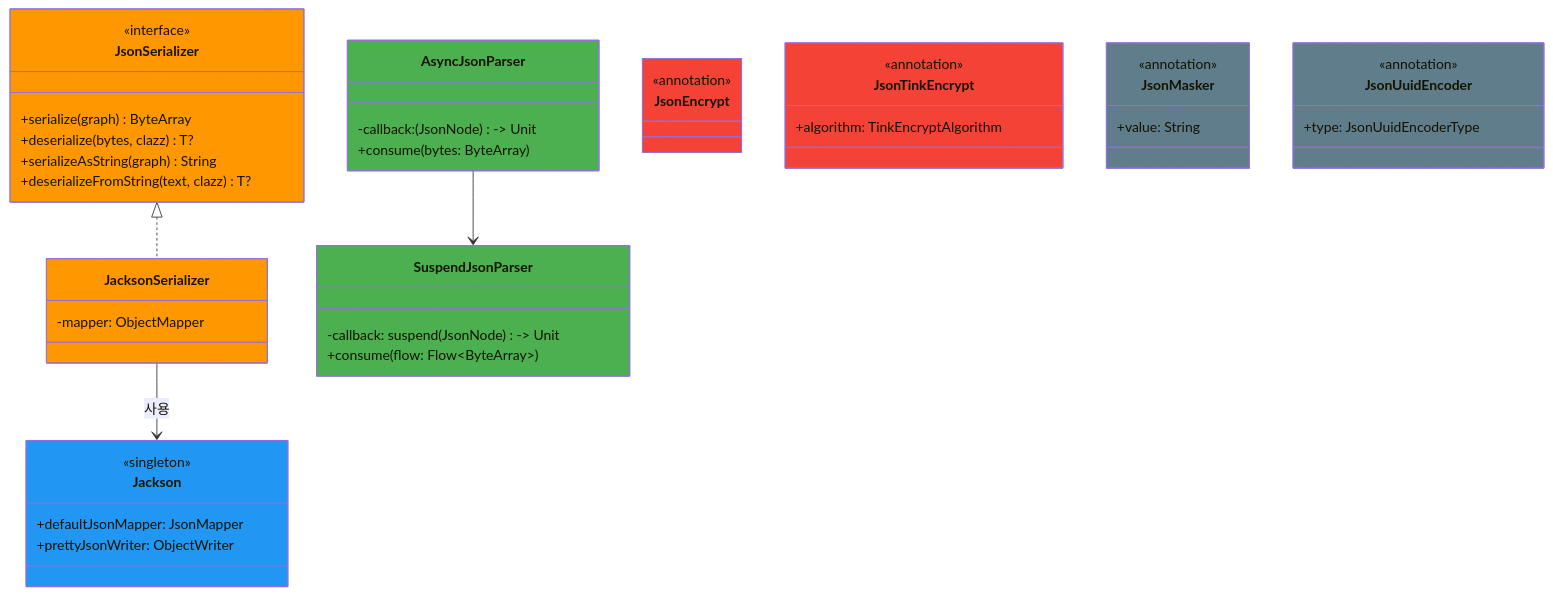
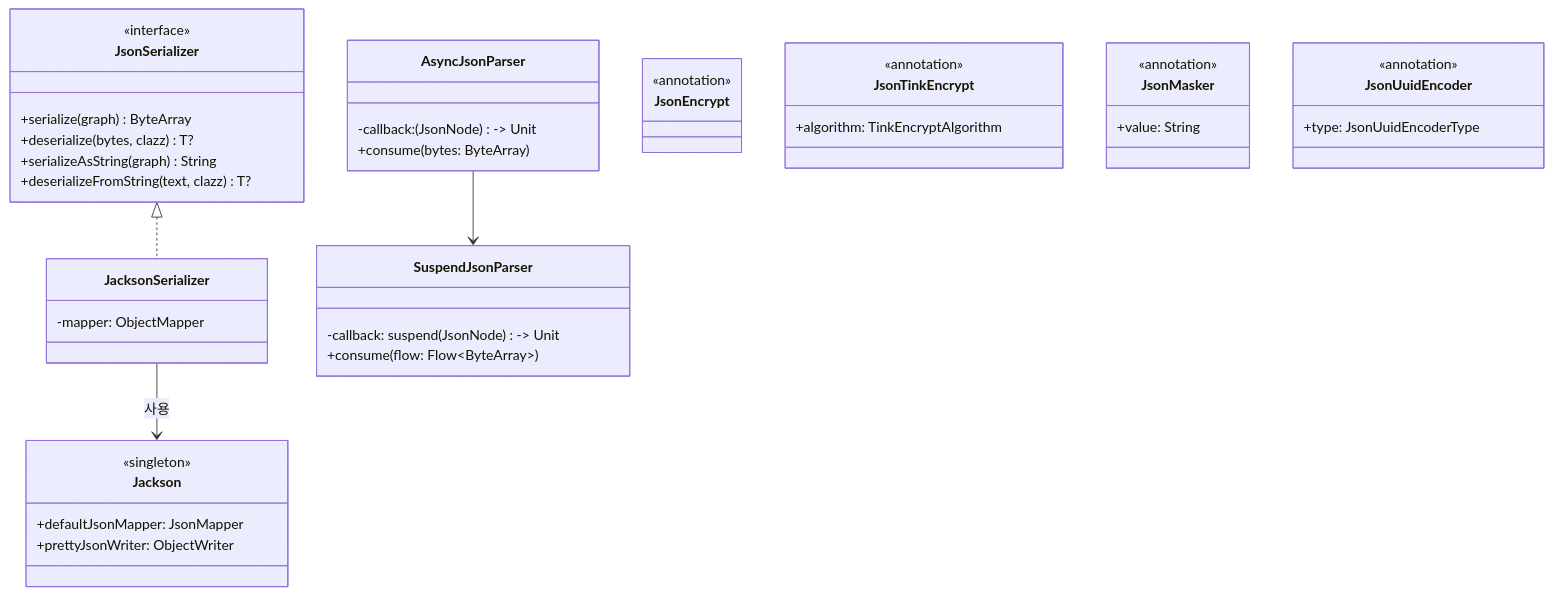
One commit to bluetape4k/bluetape4k-projects changed the first of 3 diagrams in io/jackson2/README.md. Above: the diagram before and after it, drawn with Mermaid. The commit also changed 95 other files, not shown here.

First line of the commit message:
docs: Mermaid 파서 오류 전체 수정 (IntelliJ IDEA 호환)

````diff
--- a/io/jackson2/README.md
+++ b/io/jackson2/README.md
@@ -295,59 +295,54 @@
 ```mermaid
 classDiagram
-    class JsonSerializer:::serializerStyle {
+    class JsonSerializer {
         <<interface>>
         +serialize(graph) ByteArray
         +deserialize(bytes, clazz) T?
         +serializeAsString(graph) String
         +deserializeFromString(text, clazz) T?
     }
 
-    class JacksonSerializer:::serializerStyle {
+    class JacksonSerializer {
         -mapper: ObjectMapper
     }
 
-    class Jackson:::codecStyle {
+    class Jackson {
         <<singleton>>
         +defaultJsonMapper: JsonMapper
         +prettyJsonWriter: ObjectWriter
     }
 
-    class AsyncJsonParser:::extensionStyle {
+    class AsyncJsonParser {
         -callback: (JsonNode) -> Unit
         +consume(bytes: ByteArray)
     }
 
-    class SuspendJsonParser:::extensionStyle {
+    class SuspendJsonParser {
         -callback: suspend (JsonNode) -> Unit
         +consume(flow: Flow~ByteArray~)
     }
 
-    class JsonEncrypt:::encryptStyle {
+    class JsonEncrypt {
         <<annotation>>
     }
 
-    class JsonTinkEncrypt:::encryptStyle {
+    class JsonTinkEncrypt {
         <<annotation>>
         +algorithm: TinkEncryptAlgorithm
     }
 
-    class JsonMasker:::ioStyle {
+    class JsonMasker {
         <<annotation>>
         +value: String
     }
 
-    class JsonUuidEncoder:::ioStyle {
+    class JsonUuidEncoder {
         <<annotation>>
         +type: JsonUuidEncoderType
     }
 
     JsonSerializer <|.. JacksonSerializer
     JacksonSerializer --> Jackson : 사용
     AsyncJsonParser --> SuspendJsonParser
 
-    classDef serializerStyle fill:#FF9800
-    classDef encryptStyle fill:#F44336
-    classDef ioStyle fill:#607D8B
-    classDef codecStyle fill:#2196F3
-    classDef extensionStyle fill:#4CAF50
 ```
````
